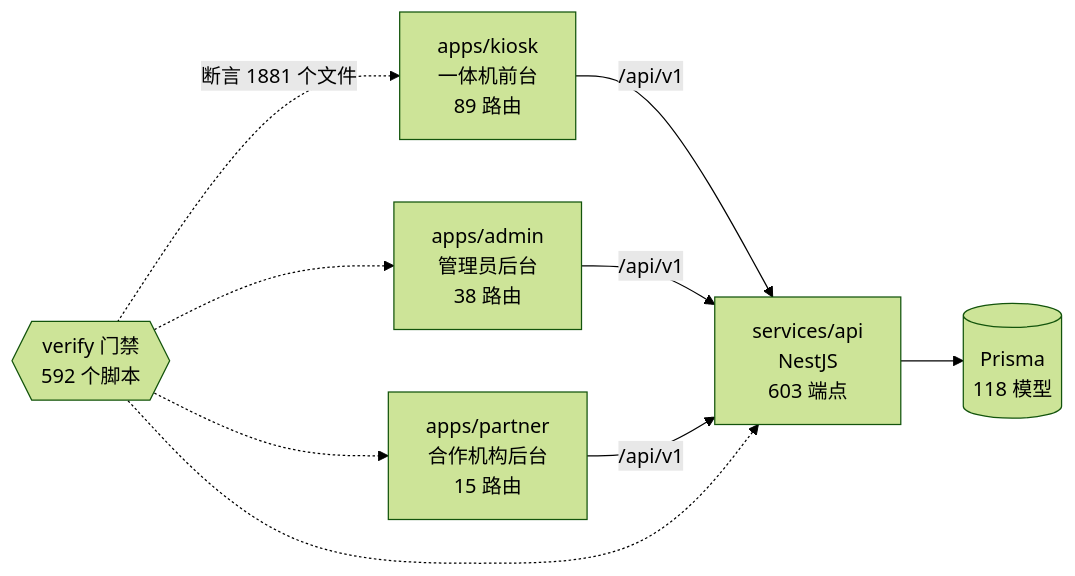
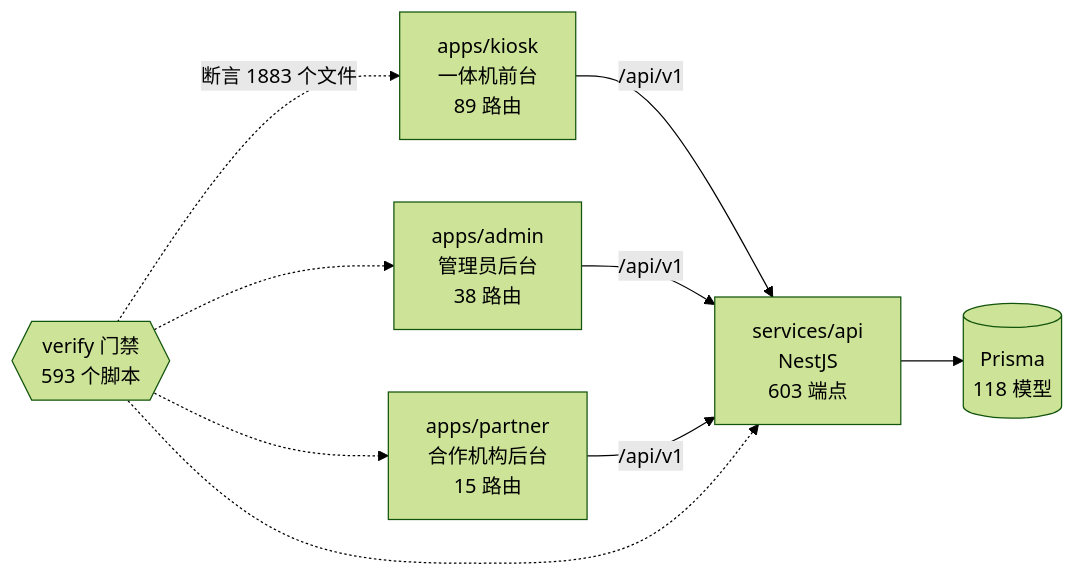
Before and after one commit to wanglei581/YITIJI: the diagram in docs/graph/README.md, drawn with Mermaid (forest theme). The commit also changed other lines of this file and 3 other files, not shown here.

Commit message:
chore(graph): 并入 main 后重出图谱（新增无人值守门禁与待清名单、标准句模块转为入口可达）

````diff
--- a/docs/graph/README.md
+++ b/docs/graph/README.md
@@ -68,18 +68,18 @@
 ```mermaid
 flowchart LR
   kiosk["apps/kiosk<br/>一体机前台<br/>89 路由"]
   admin["apps/admin<br/>管理员后台<br/>38 路由"]
   partner["apps/partner<br/>合作机构后台<br/>15 路由"]
   api["services/api<br/>NestJS<br/>603 端点"]
   db[("Prisma<br/>118 模型")]
-  gates{{"verify 门禁<br/>592 个脚本"}}
+  gates{{"verify 门禁<br/>593 个脚本"}}
 
   kiosk -->|"/api/v1"| api
   admin -->|"/api/v1"| api
   partner -->|"/api/v1"| api
   api --> db
-  gates -.->|"断言 1881 个文件"| kiosk
+  gates -.->|"断言 1883 个文件"| kiosk
   gates -.-> admin
   gates -.-> partner
   gates -.-> api
 ```
````
